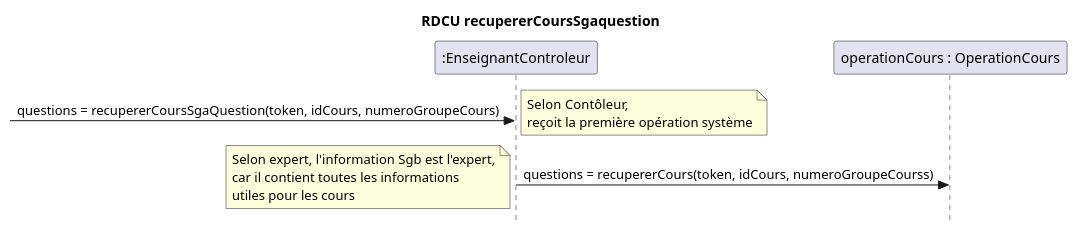
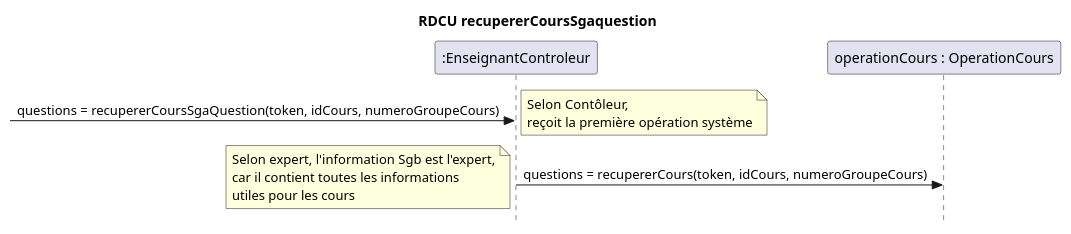
Before and after one commit to nerdz88/SGA-TS: the second of 4 diagrams in docs/Ajouter question/RDCU_Ajouter_Question.puml, drawn with PlantUML. The commit also changed other lines of this file and 5 other files, not shown here.

```diff
--- a/docs/Ajouter question/RDCU_Ajouter_Question.puml
+++ b/docs/Ajouter question/RDCU_Ajouter_Question.puml
@@ -33,11 +33,11 @@
 @startuml recupererCoursSgaQuestion
 skinparam style strictuml
 skinparam defaultfontname Verdana
 title RDCU recupererCoursSgaquestion
 participant ":EnseignantControleur" as sga
 participant "operationCours : OperationCours" as opCours
 ->sga : questions = recupererCoursSgaQuestion(token, idCours, numeroGroupeCours)
 note left : Selon Contôleur,\nreçoit la première opération système
-sga->opCours: questions = recupererCours(token, idCours, numeroGroupeCourss)
+sga->opCours: questions = recupererCours(token, idCours, numeroGroupeCours)
 note left : Selon expert, l'information Sgb est l'expert,\ncar il contient toutes les informations\nutiles pour les cours
 @enduml
```
